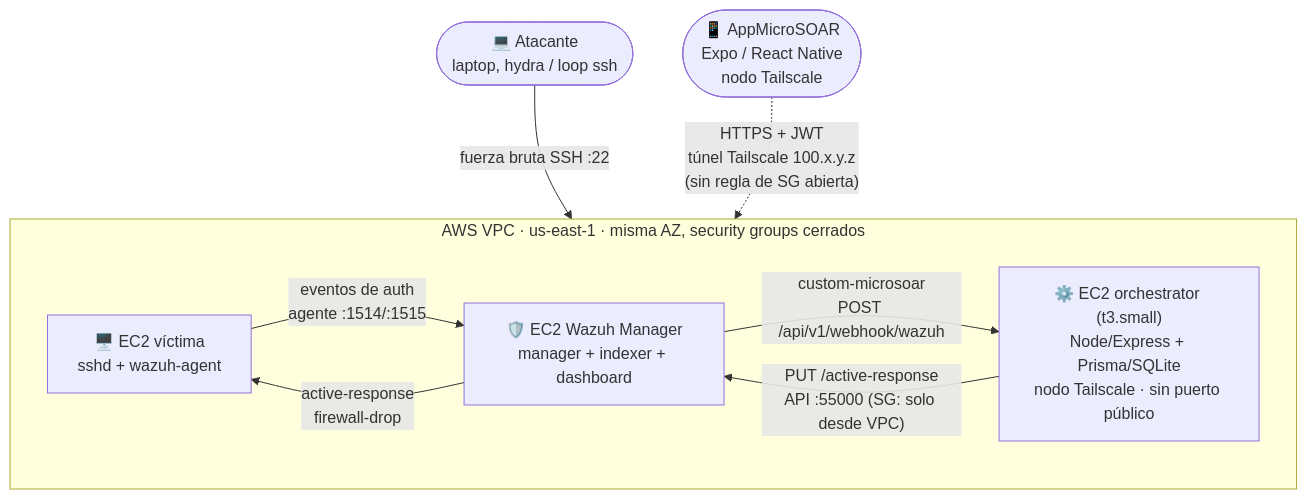
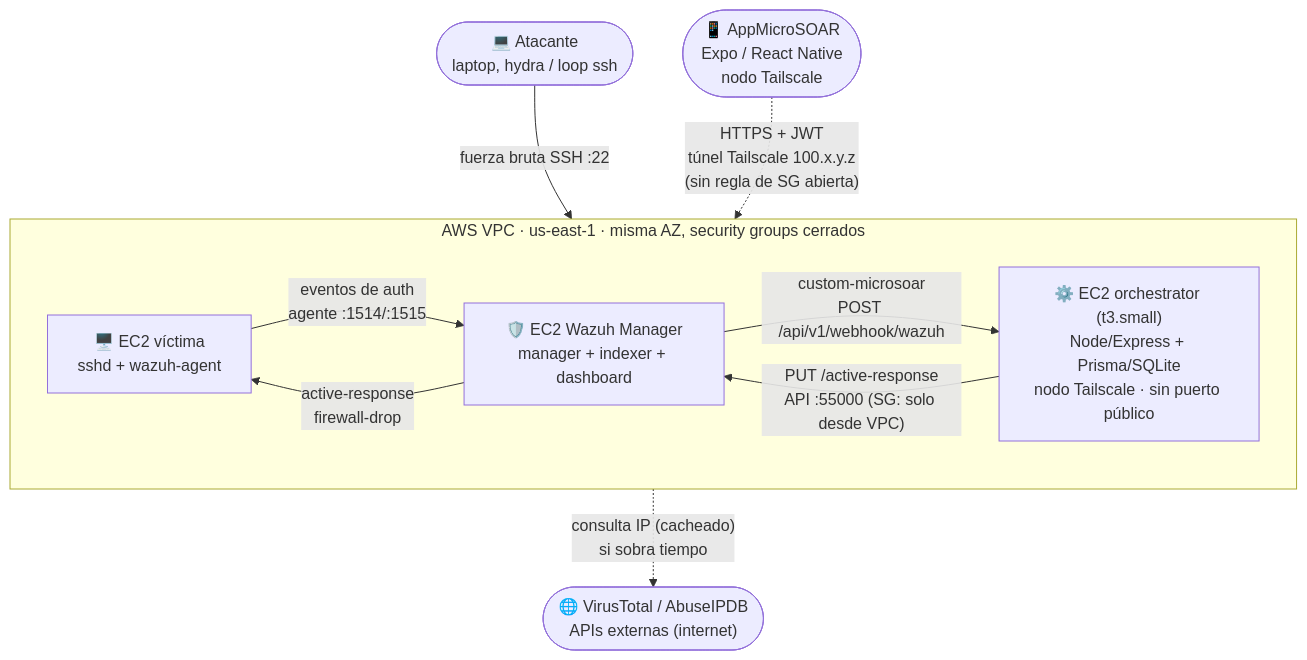
One commit to loladiaz1/PFI_Ciberseguridad changed the first of 8 diagrams in DIAGRAMAS.md. Above: the diagram before and after it, drawn with Mermaid. The commit also changed other lines of this file and 14 other files, not shown here.

````diff
--- a/DIAGRAMAS.md
+++ b/DIAGRAMAS.md
@@ -18,19 +29,21 @@
 ```mermaid
 flowchart TB
   Attacker(["💻 Atacante<br/>laptop, hydra / loop ssh"])
   Phone(["📱 AppMicroSOAR<br/>Expo / React Native<br/>nodo Tailscale"])
+  ThreatIntel(["🌐 VirusTotal / AbuseIPDB<br/>APIs externas (internet)"])
 
   subgraph VPC["AWS VPC · us-east-1 · misma AZ, security groups cerrados"]
     direction LR
     Victim["🖥️ EC2 víctima<br/>sshd + wazuh-agent"]
     Wazuh["🛡️ EC2 Wazuh Manager<br/>manager + indexer + dashboard"]
     Orchestrator["⚙️ EC2 orchestrator (t3.small)<br/>Node/Express + Prisma/SQLite<br/>nodo Tailscale · sin puerto público"]
   end
 
   Attacker -->|"fuerza bruta SSH :22"| Victim
   Victim -->|"eventos de auth<br/>agente :1514/:1515"| Wazuh
   Wazuh -->|"custom-microsoar<br/>POST /api/v1/webhook/wazuh"| Orchestrator
   Orchestrator -->|"PUT /active-response<br/>API :55000 (SG: solo desde VPC)"| Wazuh
   Wazuh -->|"active-response<br/>firewall-drop"| Victim
+  Orchestrator -.->|"consulta IP (cacheado)<br/>si sobra tiempo"| ThreatIntel
   Phone -.->|"HTTPS + JWT<br/>túnel Tailscale 100.x.y.z<br/>(sin regla de SG abierta)"| Orchestrator
 ```
````
